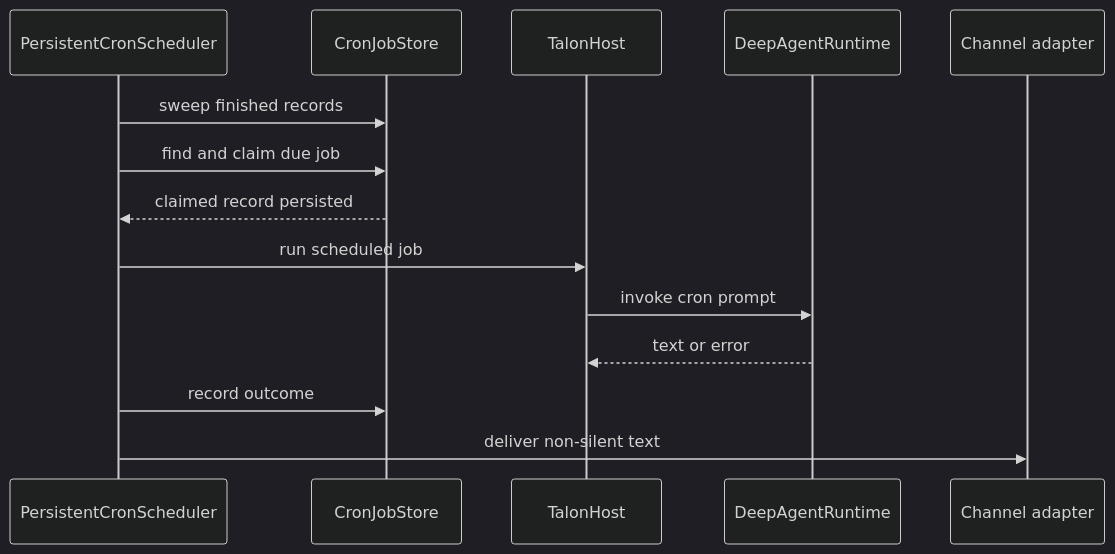
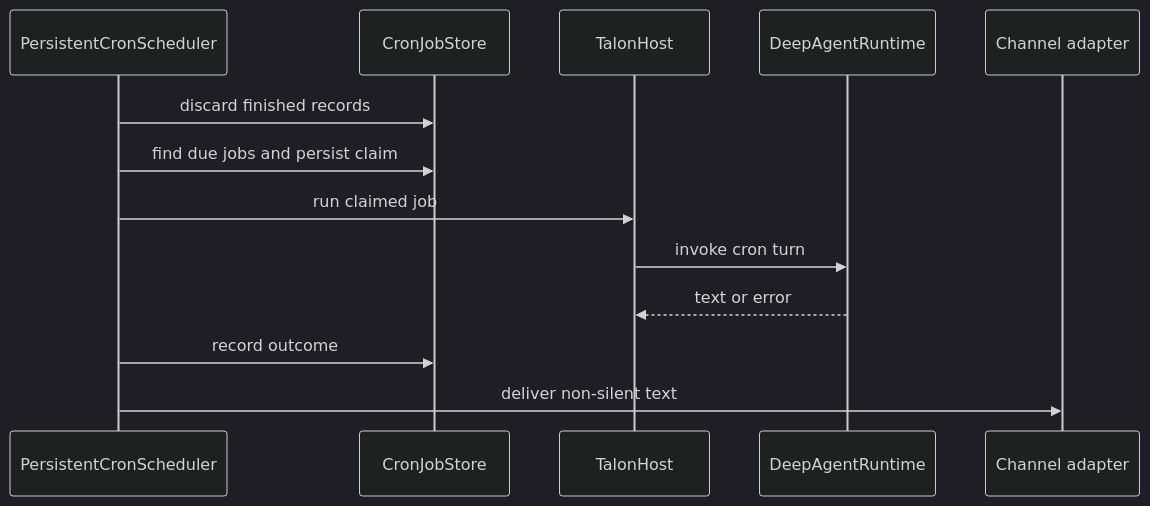
One commit to langchain-ai/deepagents changed the first of 2 diagrams in openwiki/concepts/talon-scheduling.md. Above: the diagram before and after it, drawn with Mermaid (dark theme). The commit also changed other lines of this file and 33 other files, not shown here.

````diff
--- a/openwiki/concepts/talon-scheduling.md
+++ b/openwiki/concepts/talon-scheduling.md
@@ -43,16 +47,15 @@
 ```mermaid
 sequenceDiagram
     participant Scheduler as PersistentCronScheduler
     participant Store as CronJobStore
     participant Host as TalonHost
     participant Runtime as DeepAgentRuntime
     participant Channel as Channel adapter
-    Scheduler->>Store: sweep finished records
-    Scheduler->>Store: find and claim due job
-    Store-->>Scheduler: claimed record persisted
-    Scheduler->>Host: run scheduled job
-    Host->>Runtime: invoke cron prompt
+    Scheduler->>Store: discard finished records
+    Scheduler->>Store: find due jobs and persist claim
+    Scheduler->>Host: run claimed job
+    Host->>Runtime: invoke cron turn
     Runtime-->>Host: text or error
     Scheduler->>Store: record outcome
     Scheduler->>Channel: deliver non-silent text
 ```
````
